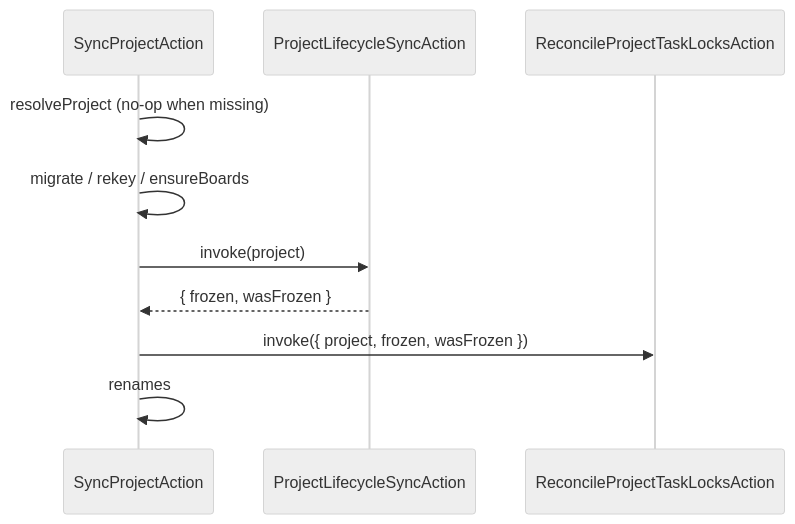
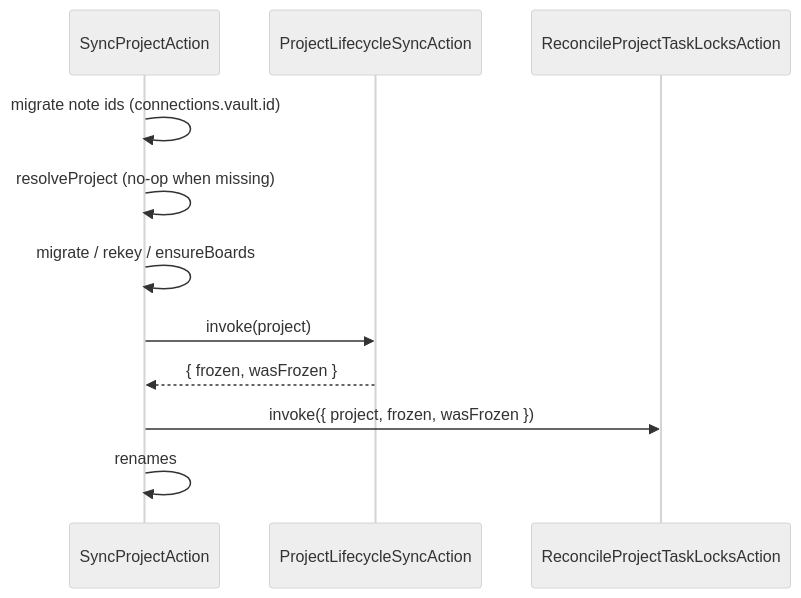
One commit to 99linesofcode/obsidian-project-management changed the second of 16 diagrams in docs/developer-manual.md. Above: the diagram before and after it, drawn with Mermaid (neutral theme). The commit also changed other lines of this file and 31 other files, not shown here.

````diff
--- a/docs/developer-manual.md
+++ b/docs/developer-manual.md
@@ -206,13 +207,14 @@
 ```mermaid
 sequenceDiagram
   participant SP as SyncProjectAction
   participant Life as ProjectLifecycleSyncAction
   participant Lock as ReconcileProjectTaskLocksAction
 
+  SP->>SP: migrate note ids (connections.vault.id)
   SP->>SP: resolveProject (no-op when missing)
   SP->>SP: migrate / rekey / ensureBoards
   SP->>Life: invoke(project)
   Life-->>SP: { frozen, wasFrozen }
   SP->>Lock: invoke({ project, frozen, wasFrozen })
   SP->>SP: renames
 ```
````
